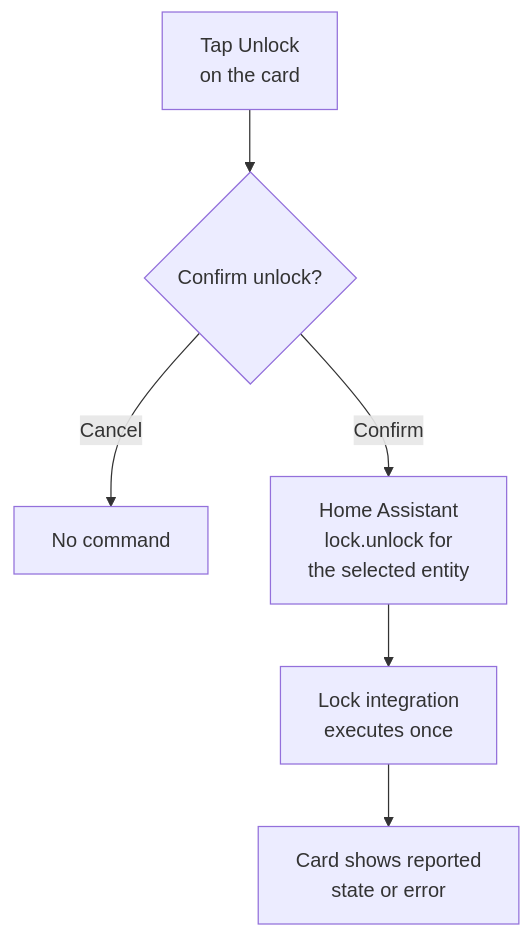
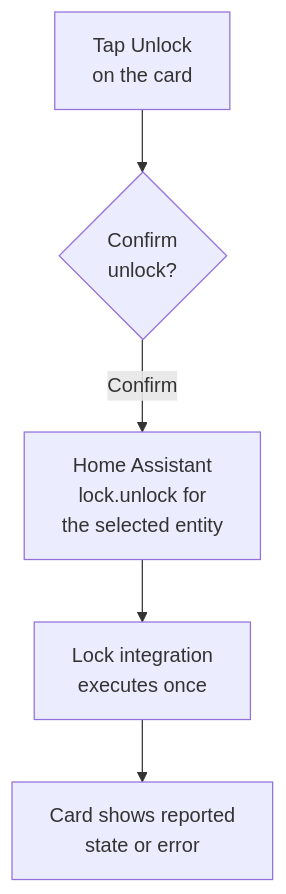
Before and after one commit to ha-homelab/ha-desloc-card: the diagram in README.md, drawn with Mermaid. The commit also changed other lines of this file, not shown here.

Commit message:
docs: keep unlock diagram within a phone-width column

````diff
--- a/README.md
+++ b/README.md
@@ -97,8 +99,7 @@
 ```mermaid
 flowchart TD
-    tap["Tap Unlock<br/>on the card"] --> confirm{"Confirm unlock?"}
-    confirm -- Cancel --> stop["No command"]
+    tap["Tap Unlock<br/>on the card"] --> confirm{"Confirm<br/>unlock?"}
     confirm -- Confirm --> ha["Home Assistant<br/>lock.unlock for<br/>the selected entity"]
     ha --> integration["Lock integration<br/>executes once"]
     integration --> result["Card shows reported<br/>state or error"]
 ```
````
